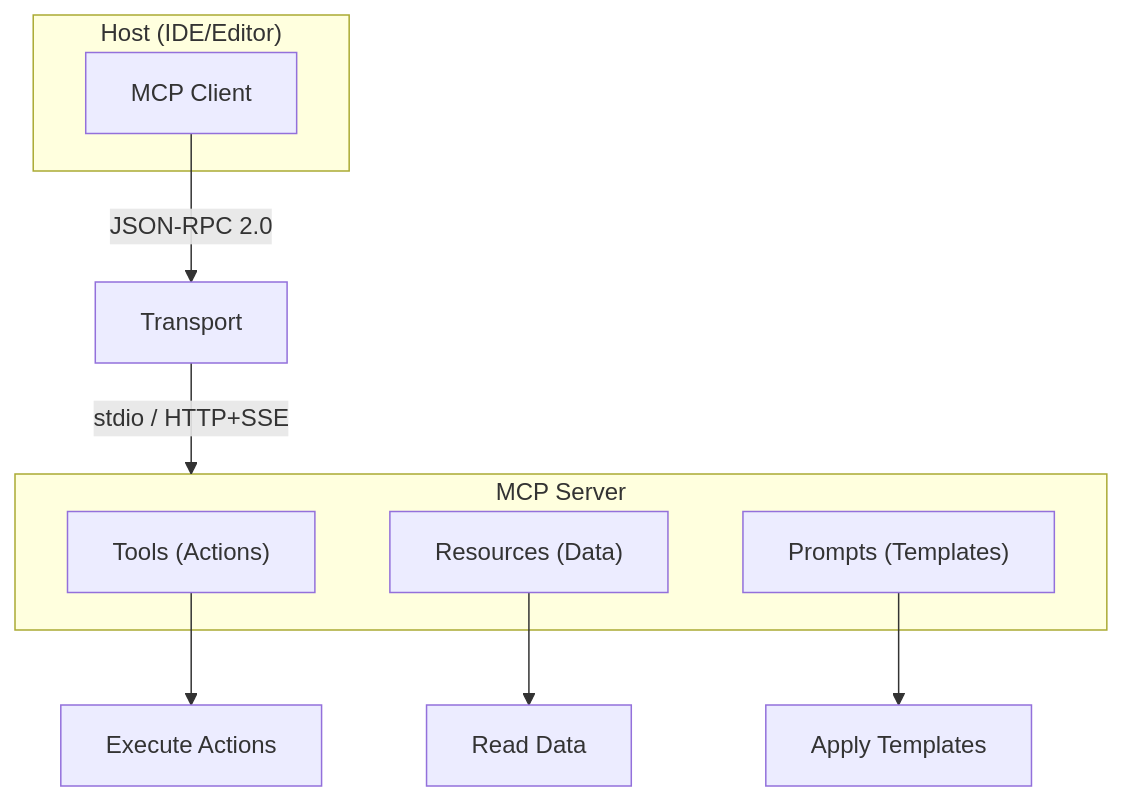
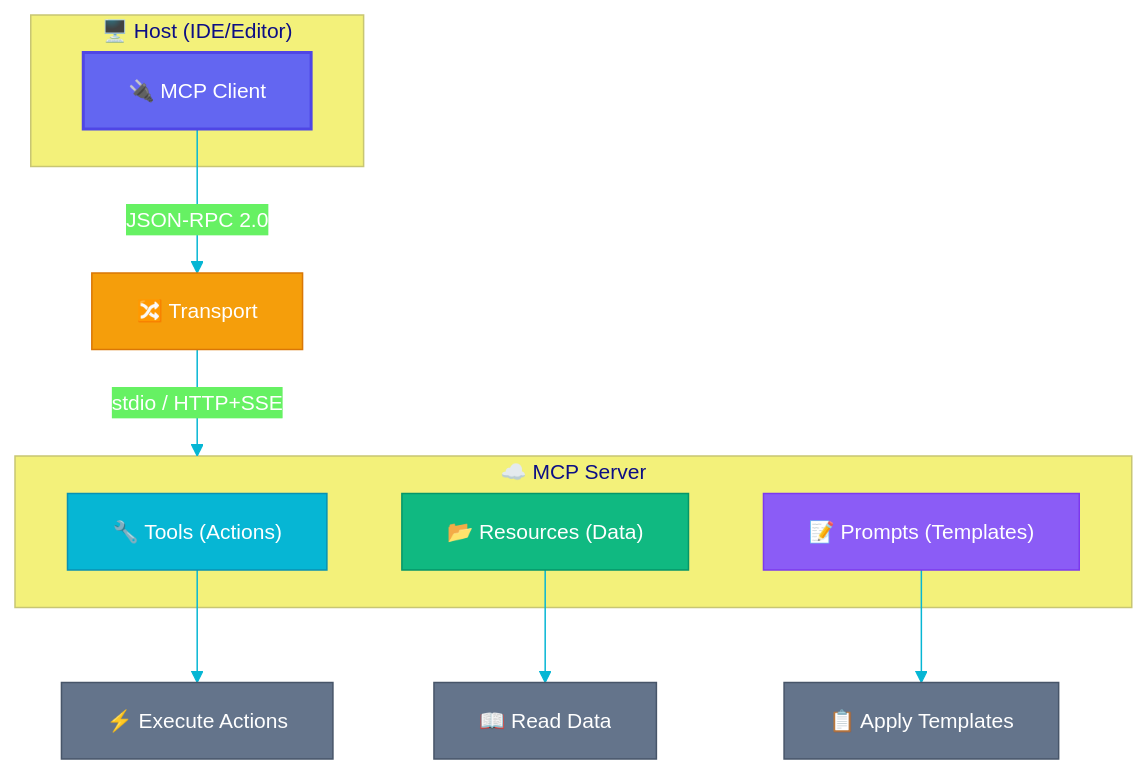
One commit to JohannesRabauer/gh-600-preparation changed the third of 12 diagrams in docs/study_notes.md. Above: the diagram before and after it, drawn with Mermaid. The commit also changed other lines of this file and 5 other files, not shown here.

First line of the commit message:
feat: add colorful animated diagrams and pictograms across study material

````diff
--- a/docs/study_notes.md
+++ b/docs/study_notes.md
@@ -297,16 +311,24 @@
 ```mermaid
+%%{init: {'theme': 'base', 'themeVariables': {'primaryColor': '#6366f1', 'primaryTextColor': '#fff', 'lineColor': '#06b6d4', 'fontSize': '14px'}}}%%
 graph TB
-  subgraph Host["Host (IDE/Editor)"]
-    Client["MCP Client"]
+  subgraph Host["🖥️ Host (IDE/Editor)"]
+    Client["🔌 MCP Client"]:::host
   end
-  subgraph Server["MCP Server"]
-    Tools["Tools (Actions)"]
-    Resources["Resources (Data)"]
-    Prompts["Prompts (Templates)"]
+  subgraph Server["☁️ MCP Server"]
+    Tools["🔧 Tools (Actions)"]:::tools
+    Resources["📂 Resources (Data)"]:::resources
+    Prompts["📝 Prompts (Templates)"]:::prompts
   end
-  Client -->|"JSON-RPC 2.0"| Transport
+  Client -->|"JSON-RPC 2.0"| Transport[🔀 Transport]:::transport
   Transport -->|"stdio / HTTP+SSE"| Server
-  Tools --> Execute["Execute Actions"]
-  Resources --> Read["Read Data"]
-  Prompts --> Template["Apply Templates"]
+  Tools --> Execute["⚡ Execute Actions"]:::exec
+  Resources --> Read["📖 Read Data"]:::exec
+  Prompts --> Template["📋 Apply Templates"]:::exec
+
+  classDef host fill:#6366f1,stroke:#4f46e5,color:#fff,stroke-width:2px
+  classDef tools fill:#06b6d4,stroke:#0891b2,color:#fff
+  classDef resources fill:#10b981,stroke:#059669,color:#fff
+  classDef prompts fill:#8b5cf6,stroke:#7c3aed,color:#fff
+  classDef transport fill:#f59e0b,stroke:#d97706,color:#fff
+  classDef exec fill:#64748b,stroke:#475569,color:#fff
 ```
````
